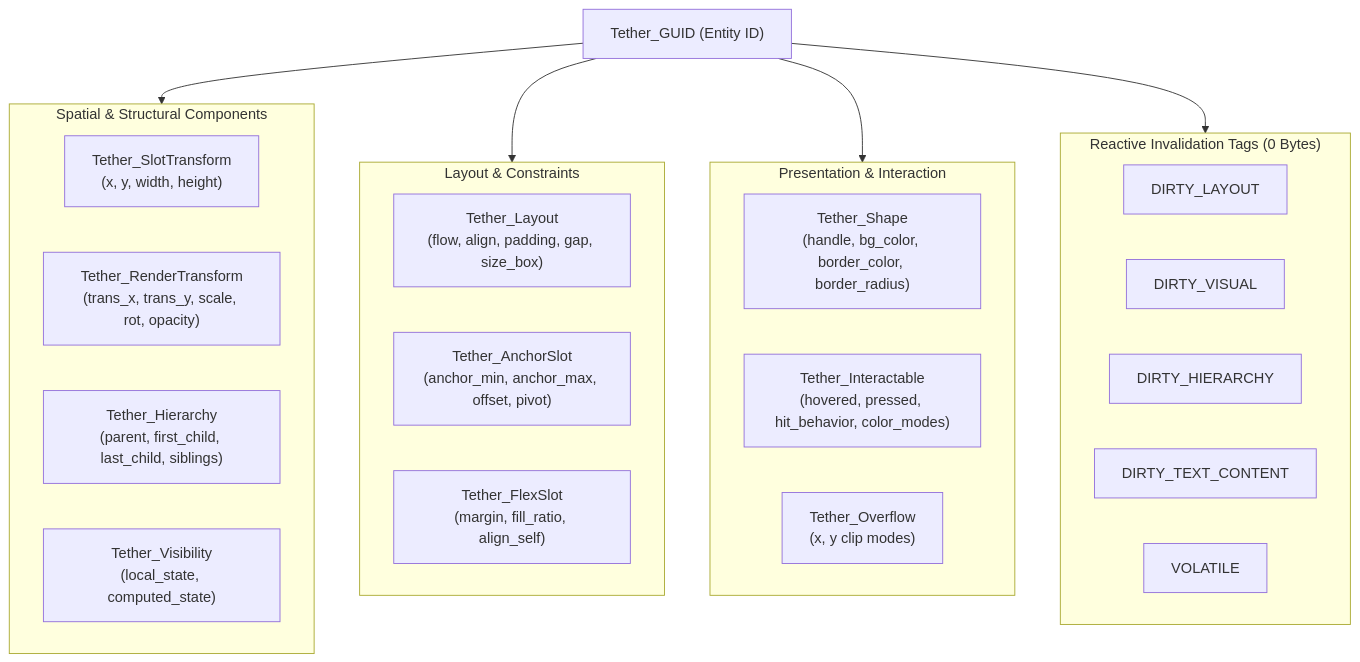
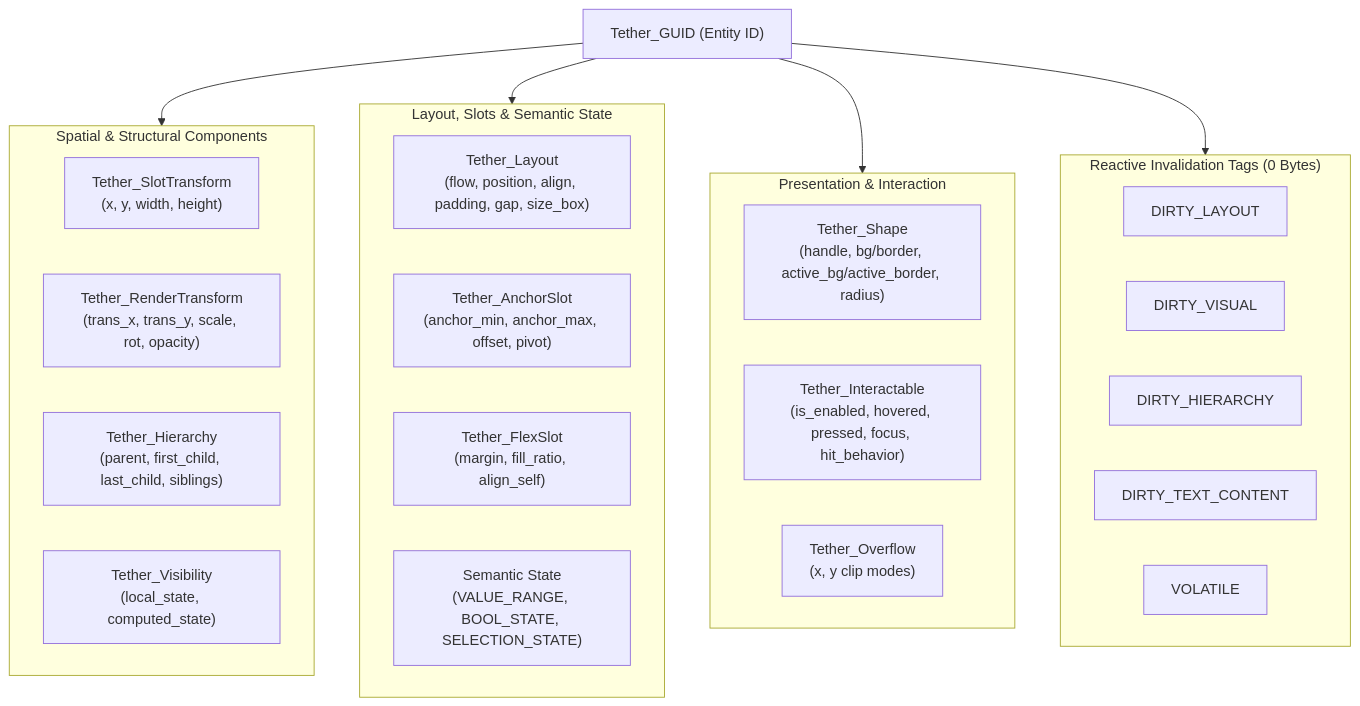
The first of 5 diagrams in docs/technical/04_components_and_invalidation.md (Yuvi-GD/Tether), drawn with Mermaid before and after one commit. The commit also changed other lines of this file and 24 other files, not shown here.

Commit message:
docs: align technical docs with v0.0.3-preview and clarify presentation roadmap

````diff
--- a/docs/technical/04_components_and_invalidation.md
+++ b/docs/technical/04_components_and_invalidation.md
@@ -39,36 +39,37 @@
 ```mermaid
 flowchart TD
     Entity["Tether_GUID (Entity ID)"]
     
     subgraph CoreSpatial["Spatial & Structural Components"]
         ST["Tether_SlotTransform\n(x, y, width, height)"]
         RT["Tether_RenderTransform\n(trans_x, trans_y, scale, rot, opacity)"]
         H["Tether_Hierarchy\n(parent, first_child, last_child, siblings)"]
         V["Tether_Visibility\n(local_state, computed_state)"]
     end
 
-    subgraph LayoutBehavior["Layout & Constraints"]
-        L["Tether_Layout\n(flow, align, padding, gap, size_box)"]
+    subgraph LayoutBehavior["Layout, Slots & Semantic State"]
+        L["Tether_Layout\n(flow, position, align, padding, gap, size_box)"]
         AS["Tether_AnchorSlot\n(anchor_min, anchor_max, offset, pivot)"]
         FS["Tether_FlexSlot\n(margin, fill_ratio, align_self)"]
+        SEM["Semantic State\n(VALUE_RANGE, BOOL_STATE, SELECTION_STATE)"]
     end
 
     subgraph PresentationInput["Presentation & Interaction"]
-        SH["Tether_Shape\n(handle, bg_color, border_color, border_radius)"]
-        IN["Tether_Interactable\n(hovered, pressed, hit_behavior, color_modes)"]
+        SH["Tether_Shape\n(handle, bg/border, active_bg/active_border, radius)"]
+        IN["Tether_Interactable\n(is_enabled, hovered, pressed, focus, hit_behavior)"]
         OF["Tether_Overflow\n(x, y clip modes)"]
     end
 
     subgraph InvalidationTags["Reactive Invalidation Tags (0 Bytes)"]
         DL["DIRTY_LAYOUT"]
         DV["DIRTY_VISUAL"]
         DH["DIRTY_HIERARCHY"]
         DTC["DIRTY_TEXT_CONTENT"]
         VOL["VOLATILE"]
     end
 
     Entity --> CoreSpatial
     Entity --> LayoutBehavior
     Entity --> PresentationInput
     Entity --> InvalidationTags
 ```
````
